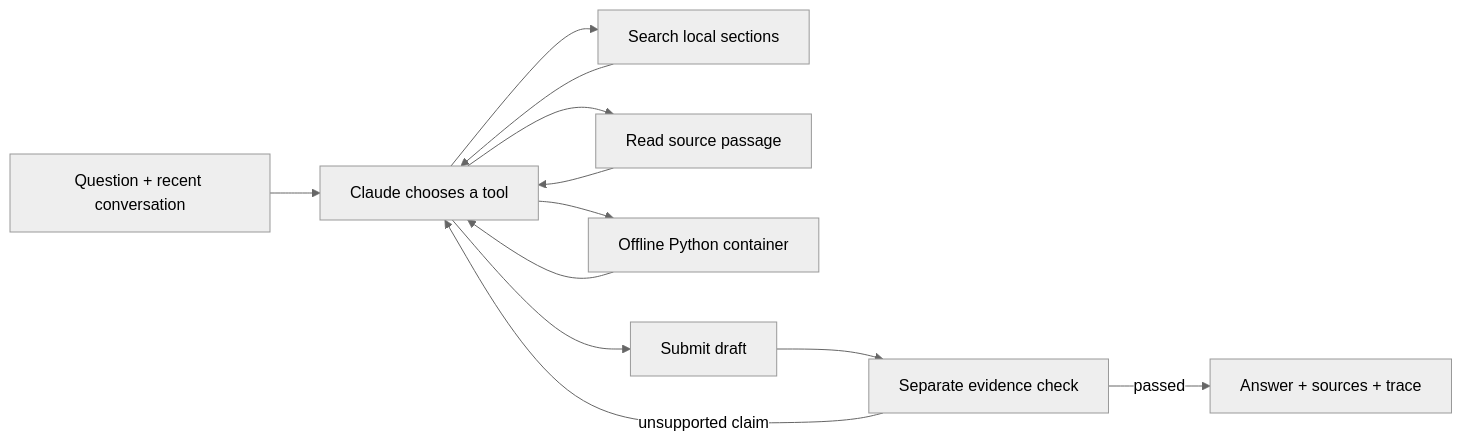
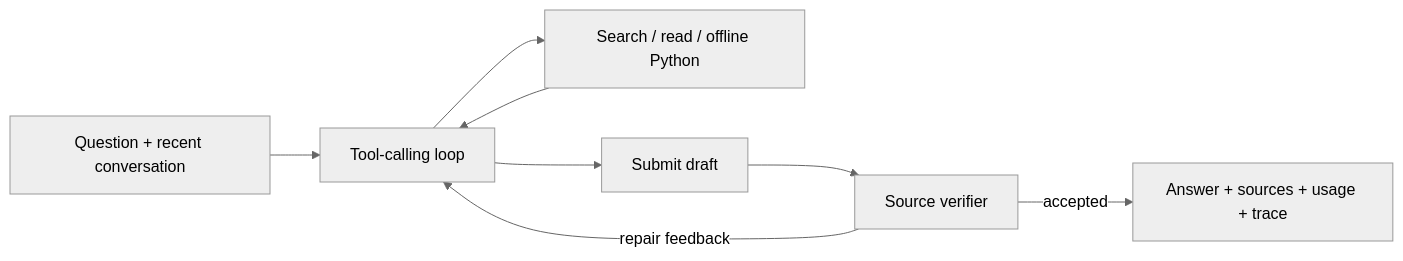
The diagram in README.md (devsodhirao/coreweaving), drawn with Mermaid (neutral theme) before and after one commit. The commit also changed other lines of this file and 266 other files, not shown here.

````diff
--- a/README.md
+++ b/README.md
@@ -56,14 +42,10 @@
 ```mermaid
 flowchart LR
-    User[Question + recent conversation] --> Planner[Claude chooses a tool]
-    Planner --> Search[Search local sections]
-    Planner --> Read[Read source passage]
-    Planner --> Python[Offline Python container]
-    Search --> Planner
-    Read --> Planner
-    Python --> Planner
-    Planner --> Draft[Submit draft]
-    Draft --> Check[Separate evidence check]
-    Check -->|unsupported claim| Planner
-    Check -->|passed| Answer[Answer + sources + trace]
+    Q[Question + recent conversation] --> A[Tool-calling loop]
+    A --> T[Search / read / offline Python]
+    T --> A
+    A --> D[Submit draft]
+    D --> V[Source verifier]
+    V -->|repair feedback| A
+    V -->|accepted| U[Answer + sources + usage + trace]
 ```
````
